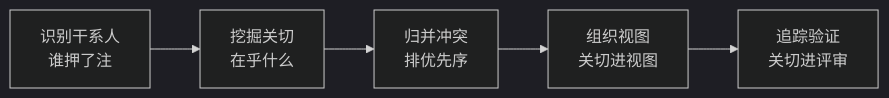
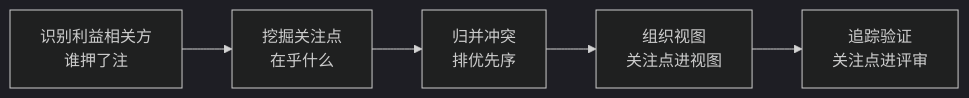
The sixth of 13 diagrams in 100-subprojects/01-系统工程研究/00-系统工程相关研究报告/12-工程师与架构师能力研究报告-从工程师到CTO.md (Yongjunzhou/AOS-system-design), drawn with Mermaid (dark theme) before and after one commit. The commit also changed other lines of this file and 38 other files, not shown here.

````diff
--- a/100-subprojects/01-系统工程研究/00-系统工程相关研究报告/12-工程师与架构师能力研究报告-从工程师到CTO.md
+++ b/100-subprojects/01-系统工程研究/00-系统工程相关研究报告/12-工程师与架构师能力研究报告-从工程师到CTO.md
@@ -327,7 +346,7 @@
 ```mermaid
 flowchart LR
-    S1["识别干系人<br/>谁押了注"] --> S2["挖掘关切<br/>在乎什么"]
+    S1["识别利益相关方<br/>谁押了注"] --> S2["挖掘关注点<br/>在乎什么"]
     S2 --> S3["归并冲突<br/>排优先序"]
-    S3 --> S4["组织视图<br/>关切进视图"]
-    S4 --> S5["追踪验证<br/>关切进评审"]
+    S3 --> S4["组织视图<br/>关注点进视图"]
+    S4 --> S5["追踪验证<br/>关注点进评审"]
 ```
````
